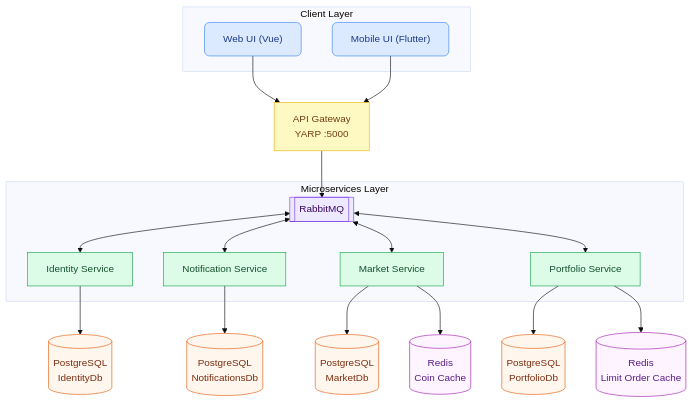
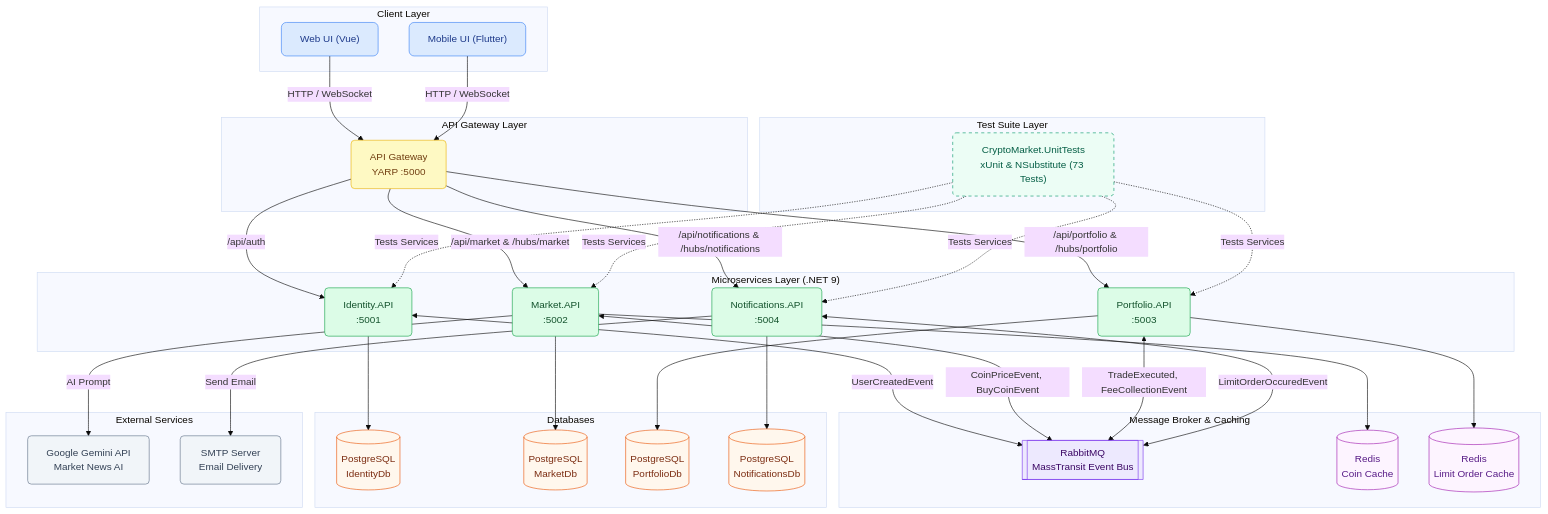
Before and after one commit to ibrahimkabadayi/CryptoMarket: the first of 2 diagrams in README.md, drawn with Mermaid (base theme). The commit also changed other lines of this file, not shown here.

Commit message:
docs: update architecture diagram and documentation to include unit test suite and project details

````diff
--- a/README.md
+++ b/README.md
@@ -51,37 +51,87 @@
         M["Mobile UI (Flutter)"]
     end
 
-    W & M --> GW["API Gateway<br/>YARP :5000"]
-
-    GW --> RMQ
-
-    subgraph backend["Microservices Layer"]
-        RMQ[["RabbitMQ"]]
-
-        RMQ <--> ID["Identity Service"]
-        RMQ <--> NO["Notification Service"]
-        RMQ <--> MK["Market Service"]
-        RMQ <--> PF["Portfolio Service"]
+    subgraph gateway["API Gateway Layer"]
+        GW["API Gateway<br/>YARP :5000"]
     end
 
-    ID  --> PG1[("PostgreSQL<br/>IdentityDb")]
-    NO  --> PG2[("PostgreSQL<br/>NotificationsDb")]
-    MK  --> PG3[("PostgreSQL<br/>MarketDb")]
-    MK  --> RD1[("Redis<br/>Coin Cache")]
-    PF  --> PG4[("PostgreSQL<br/>PortfolioDb")]
-    PF  --> RD2[("Redis<br/>Limit Order Cache")]
+    subgraph backend["Microservices Layer (.NET 9)"]
+        ID["Identity.API<br/>:5001"]
+        MK["Market.API<br/>:5002"]
+        PF["Portfolio.API<br/>:5003"]
+        NO["Notifications.API<br/>:5004"]
+    end
+
+    subgraph testing["Test Suite Layer"]
+        UT["CryptoMarket.UnitTests<br/>xUnit & NSubstitute (73 Tests)"]
+    end
+
+    subgraph messaging["Message Broker & Caching"]
+        RMQ[["RabbitMQ<br/>MassTransit Event Bus"]]
+        RD1[("Redis<br/>Coin Cache")]
+        RD2[("Redis<br/>Limit Order Cache")]
+    end
+
+    subgraph persistence["Databases"]
+        PG1[("PostgreSQL<br/>IdentityDb")]
+        PG2[("PostgreSQL<br/>MarketDb")]
+        PG3[("PostgreSQL<br/>PortfolioDb")]
+        PG4[("PostgreSQL<br/>NotificationsDb")]
+    end
+
+    subgraph external["External Services"]
+        GEMINI["Google Gemini API<br/>Market News AI"]
+        SMTP["SMTP Server<br/>Email Delivery"]
+    end
+
+    %% Client Traffic
+    W & M -->|HTTP / WebSocket| GW
+
+    %% Gateway Routing
+    GW -->|/api/auth| ID
+    GW -->|/api/market & /hubs/market| MK
+    GW -->|/api/portfolio & /hubs/portfolio| PF
+    GW -->|/api/notifications & /hubs/notifications| NO
+
+    %% Unit Test Coverage
+    UT -.->|Tests Services| ID
+    UT -.->|Tests Services| MK
+    UT -.->|Tests Services| PF
+    UT -.->|Tests Services| NO
+
+    %% Event Bus
+    ID <-->|UserCreatedEvent| RMQ
+    MK <-->|CoinPriceEvent, BuyCoinEvent| RMQ
+    PF <-->|TradeExecuted, FeeCollectionEvent| RMQ
+    NO <-->|LimitOrderOccuredEvent| RMQ
+
+    %% External APIs
+    MK -->|AI Prompt| GEMINI
+    NO -->|Send Email| SMTP
+
+    %% Persistence & Cache
+    ID --> PG1
+    MK --> PG2
+    MK --> RD1
+    PF --> PG3
+    PF --> RD2
+    NO --> PG4
 
     classDef ui       fill:#dbeafe,stroke:#3b82f6,color:#1e3a8a,rx:8
-    classDef gw       fill:#fef9c3,stroke:#eab308,color:#713f12
-    classDef bus      fill:#ede9fe,stroke:#7c3aed,color:#3b0764
-    classDef svc      fill:#dcfce7,stroke:#16a34a,color:#14532d
-    classDef postgres fill:#fff7ed,stroke:#ea580c,color:#7c2d12
-    classDef redis    fill:#fdf4ff,stroke:#a21caf,color:#581c87
+    classDef gw       fill:#fef9c3,stroke:#eab308,color:#713f12,rx:6
+    classDef bus      fill:#ede9fe,stroke:#7c3aed,color:#3b0764,rx:6
+    classDef svc      fill:#dcfce7,stroke:#16a34a,color:#14532d,rx:6
+    classDef test     fill:#ecfdf5,stroke:#059669,color:#065f46,stroke-dasharray: 5 5,rx:6
+    classDef postgres fill:#fff7ed,stroke:#ea580c,color:#7c2d12,rx:6
+    classDef redis    fill:#fdf4ff,stroke:#a21caf,color:#581c87,rx:6
+    classDef ext      fill:#f1f5f9,stroke:#64748b,color:#334155,rx:6
 
     class W,M ui
     class GW gw
     class RMQ bus
     class ID,NO,MK,PF svc
+    class UT test
     class PG1,PG2,PG3,PG4 postgres
     class RD1,RD2 redis
+    class GEMINI,SMTP ext
 ```
````
